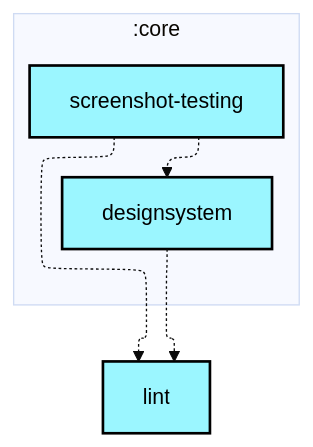
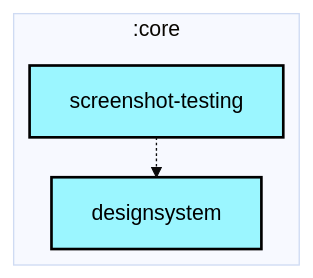
Before and after one commit to android/nowinandroid: the first of 2 diagrams in core/screenshot-testing/README.md, drawn with Mermaid (base theme). The commit also changed 30 other files, not shown here.

````diff
--- a/core/screenshot-testing/README.md
+++ b/core/screenshot-testing/README.md
@@ -6,26 +6,23 @@
 ```mermaid
 ---
 config:
   layout: elk
   elk:
     nodePlacementStrategy: SIMPLE
 ---
 graph TB
   subgraph :core
     direction TB
     :core:designsystem[designsystem]:::android-library
     :core:screenshot-testing[screenshot-testing]:::android-library
   end
-  :lint[lint]:::android-library
 
-  :core:designsystem -.-> :lint
   :core:screenshot-testing -.-> :core:designsystem
-  :core:screenshot-testing -.-> :lint
 
 classDef android-application fill:#CAFFBF,stroke:#000,stroke-width:2px,color:#000;
 classDef android-feature fill:#FFD6A5,stroke:#000,stroke-width:2px,color:#000;
 classDef android-library fill:#9BF6FF,stroke:#000,stroke-width:2px,color:#000;
 classDef android-test fill:#A0C4FF,stroke:#000,stroke-width:2px,color:#000;
 classDef jvm-library fill:#BDB2FF,stroke:#000,stroke-width:2px,color:#000;
 classDef unknown fill:#FFADAD,stroke:#000,stroke-width:2px,color:#000;
 ```
````
